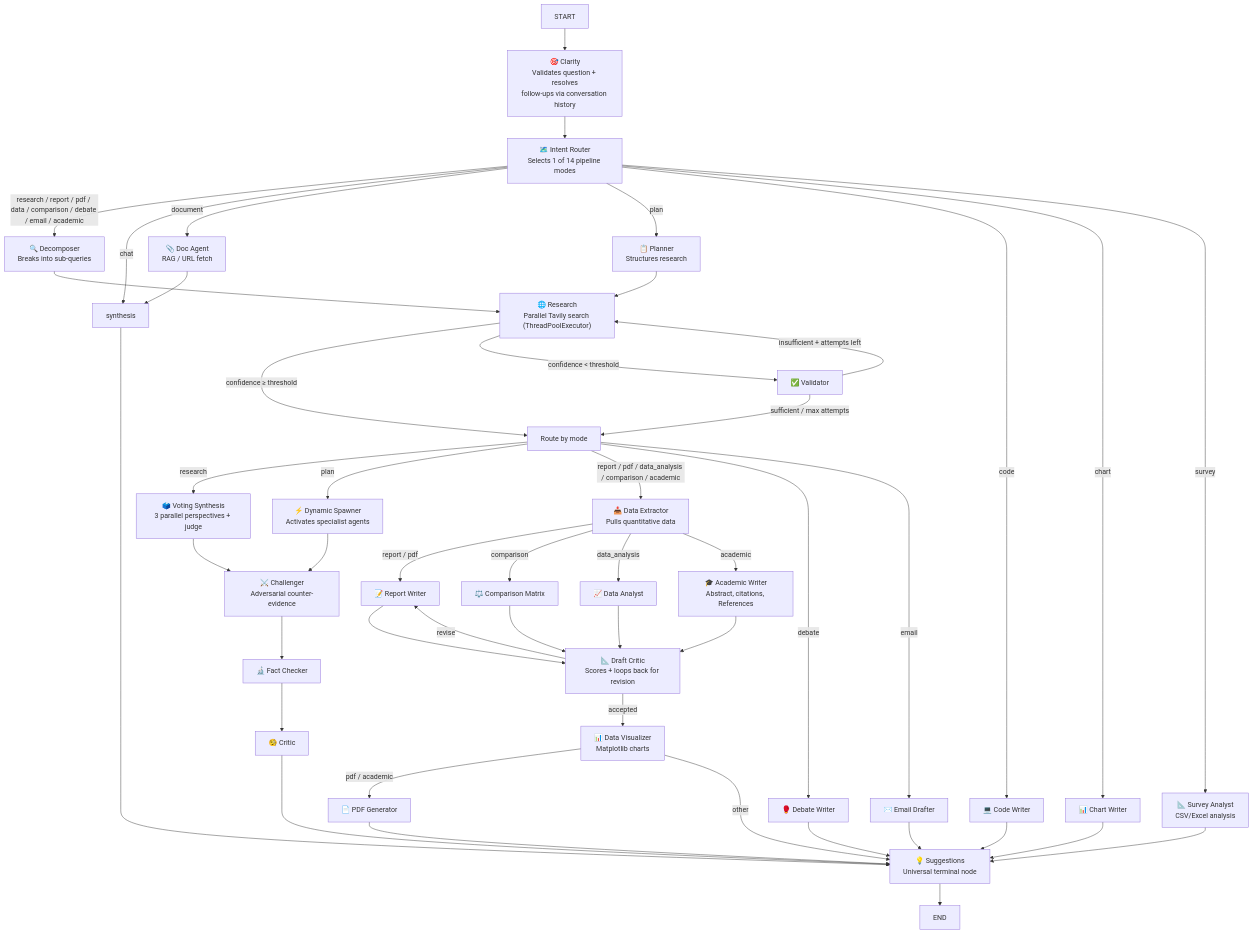
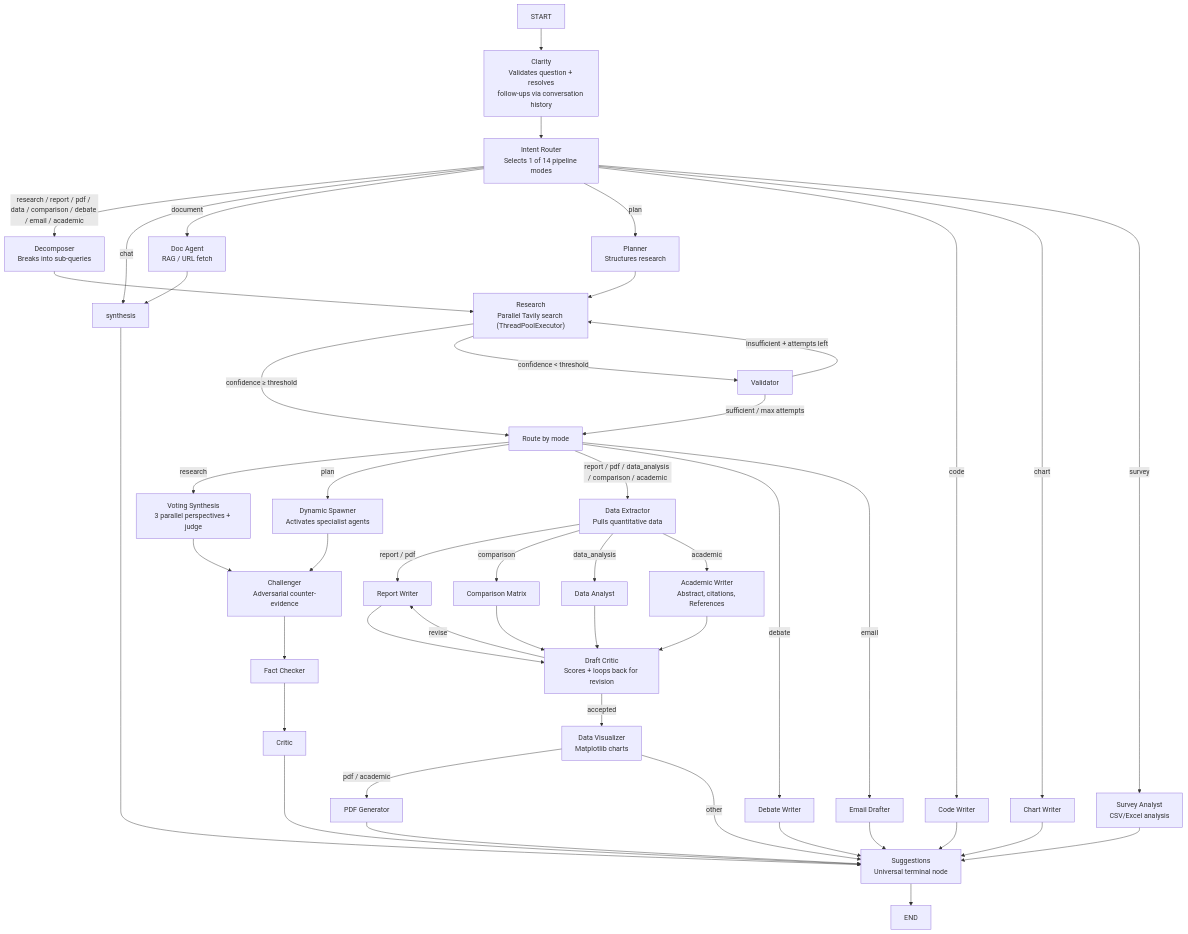
Before and after one commit to zuraiz-anjum/ares-research: the diagram in README.md, drawn with Mermaid. The commit also changed other lines of this file and 1 other file, not shown here.

````diff
--- a/README.md
+++ b/README.md
@@ -9,56 +51,56 @@
 ```mermaid
 graph TD
-    START --> clarity["🎯 Clarity\nValidates question + resolves\nfollow-ups via conversation history"]
-    clarity --> intent_router["🗺️ Intent Router\nSelects 1 of 14 pipeline modes"]
+    START --> clarity["Clarity\nValidates question + resolves\nfollow-ups via conversation history"]
+    clarity --> intent_router["Intent Router\nSelects 1 of 14 pipeline modes"]
 
-    intent_router -->|research / report / pdf / data / comparison / debate / email / academic| decomposer["🔍 Decomposer\nBreaks into sub-queries"]
+    intent_router -->|research / report / pdf / data / comparison / debate / email / academic| decomposer["Decomposer\nBreaks into sub-queries"]
     intent_router -->|chat| synthesis
-    intent_router -->|document| doc_agent["📎 Doc Agent\nRAG / URL fetch"]
-    intent_router -->|plan| planner["📋 Planner\nStructures research"]
-    intent_router -->|code| code_writer["💻 Code Writer"]
-    intent_router -->|chart| chart_writer["📊 Chart Writer"]
-    intent_router -->|survey| survey_analyst["📐 Survey Analyst\nCSV/Excel analysis"]
+    intent_router -->|document| doc_agent["Doc Agent\nRAG / URL fetch"]
+    intent_router -->|plan| planner["Planner\nStructures research"]
+    intent_router -->|code| code_writer["Code Writer"]
+    intent_router -->|chart| chart_writer["Chart Writer"]
+    intent_router -->|survey| survey_analyst["Survey Analyst\nCSV/Excel analysis"]
 
     planner --> research
-    decomposer --> research["🌐 Research\nParallel Tavily search (ThreadPoolExecutor)"]
+    decomposer --> research["Research\nParallel Tavily search (ThreadPoolExecutor)"]
     research -->|confidence ≥ threshold| route_out["Route by mode"]
-    research -->|confidence < threshold| validator["✅ Validator"]
+    research -->|confidence < threshold| validator["Validator"]
     validator -->|sufficient / max attempts| route_out
     validator -->|insufficient + attempts left| research
 
     doc_agent --> synthesis
-    route_out -->|research| voting_synthesis["🗳️ Voting Synthesis\n3 parallel perspectives + judge"]
-    route_out -->|plan| dynamic_spawner["⚡ Dynamic Spawner\nActivates specialist agents"]
-    route_out -->|report / pdf / data_analysis / comparison / academic| data_extractor["📥 Data Extractor\nPulls quantitative data"]
-    route_out -->|debate| debate_writer["🥊 Debate Writer"]
-    route_out -->|email| email_drafter["✉️ Email Drafter"]
+    route_out -->|research| voting_synthesis["Voting Synthesis\n3 parallel perspectives + judge"]
+    route_out -->|plan| dynamic_spawner["Dynamic Spawner\nActivates specialist agents"]
+    route_out -->|report / pdf / data_analysis / comparison / academic| data_extractor["Data Extractor\nPulls quantitative data"]
+    route_out -->|debate| debate_writer["Debate Writer"]
+    route_out -->|email| email_drafter["Email Drafter"]
 
-    data_extractor -->|report / pdf| report_writer["📝 Report Writer"]
-    data_extractor -->|comparison| comparison_matrix["⚖️ Comparison Matrix"]
-    data_extractor -->|data_analysis| data_analyst["📈 Data Analyst"]
-    data_extractor -->|academic| academic_writer["🎓 Academic Writer\nAbstract, citations, References"]
+    data_extractor -->|report / pdf| report_writer["Report Writer"]
+    data_extractor -->|comparison| comparison_matrix["Comparison Matrix"]
+    data_extractor -->|data_analysis| data_analyst["Data Analyst"]
+    data_extractor -->|academic| academic_writer["Academic Writer\nAbstract, citations, References"]
 
-    voting_synthesis --> challenger["⚔️ Challenger\nAdversarial counter-evidence"]
+    voting_synthesis --> challenger["Challenger\nAdversarial counter-evidence"]
     dynamic_spawner --> challenger
-    challenger --> fact_checker["🔬 Fact Checker"]
-    fact_checker --> critic["🧐 Critic"]
+    challenger --> fact_checker["Fact Checker"]
+    fact_checker --> critic["Critic"]
 
-    report_writer --> draft_critic["📐 Draft Critic\nScores + loops back for revision"]
+    report_writer --> draft_critic["Draft Critic\nScores + loops back for revision"]
     comparison_matrix --> draft_critic
     data_analyst --> draft_critic
     academic_writer --> draft_critic
     draft_critic -->|revise| report_writer
-    draft_critic -->|accepted| data_visualizer["📊 Data Visualizer\nMatplotlib charts"]
+    draft_critic -->|accepted| data_visualizer["Data Visualizer\nMatplotlib charts"]
 
-    data_visualizer -->|pdf / academic| pdf_generator["📄 PDF Generator"]
+    data_visualizer -->|pdf / academic| pdf_generator["PDF Generator"]
     data_visualizer -->|other| suggestions
     pdf_generator --> suggestions
     survey_analyst --> suggestions
-    synthesis --> suggestions["💡 Suggestions\nUniversal terminal node"]
+    synthesis --> suggestions["Suggestions\nUniversal terminal node"]
     critic --> suggestions
     debate_writer --> suggestions
     email_drafter --> suggestions
     code_writer --> suggestions
     chart_writer --> suggestions
     suggestions --> END
 ```
````
